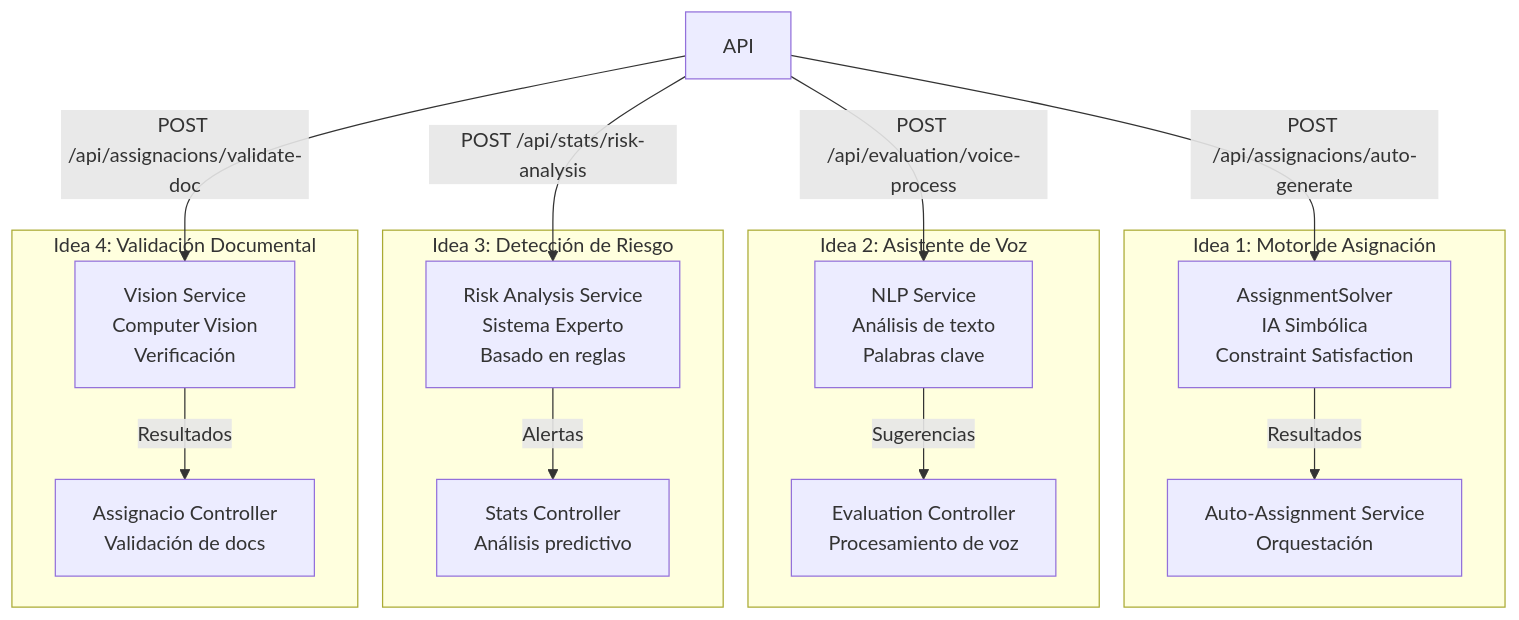
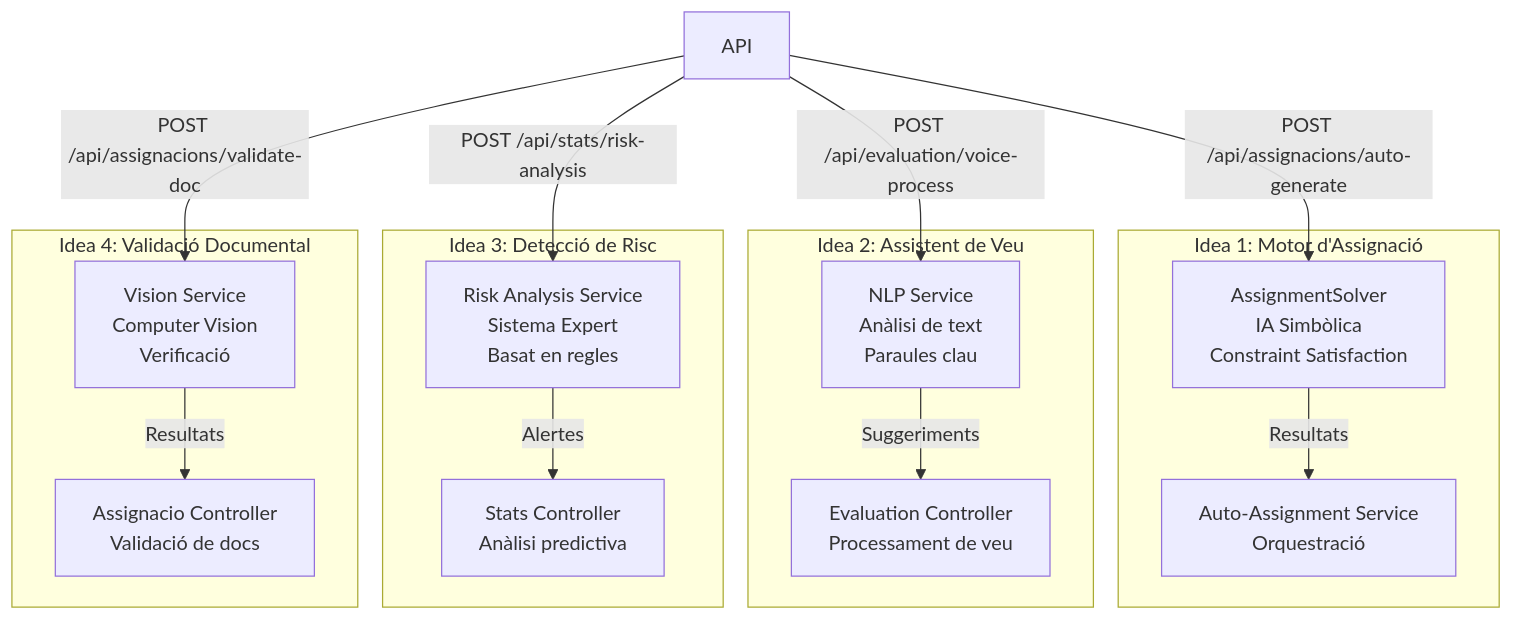
One commit to inspedralbes/tr2-reptes-tr2-g2 changed the fourth of 7 diagrams in doc/diagrams/README.md. Above: the diagram before and after it, drawn with Mermaid. The commit also changed other lines of this file and 3 other files, not shown here.

Commit message:
feat: Update documentation to reflect changes in AI features, including prompts, file inventory, walkthrough, and system diagrams

````diff
--- a/doc/diagrams/README.md
+++ b/doc/diagrams/README.md
@@ -129,31 +129,31 @@
 ```mermaid
 graph TB
-    subgraph "Idea 1: Motor de Asignación"
-        ALGO["AssignmentSolver<br/>IA Simbólica<br/>Constraint Satisfaction"]
-        AUTO["Auto-Assignment Service<br/>Orquestación"]
-        ALGO -->|"Resultados"| AUTO
+    subgraph "Idea 1: Motor d'Assignació"
+        ALGO["AssignmentSolver<br/>IA Simbòlica<br/>Constraint Satisfaction"]
+        AUTO["Auto-Assignment Service<br/>Orquestració"]
+        ALGO -->|"Resultats"| AUTO
     end
     
-    subgraph "Idea 2: Asistente de Voz"
-        NLP["NLP Service<br/>Análisis de texto<br/>Palabras clave"]
-        EVAL["Evaluation Controller<br/>Procesamiento de voz"]
-        NLP -->|"Sugerencias"| EVAL
+    subgraph "Idea 2: Assistent de Veu"
+        NLP["NLP Service<br/>Anàlisi de text<br/>Paraules clau"]
+        EVAL["Evaluation Controller<br/>Processament de veu"]
+        NLP -->|"Suggeriments"| EVAL
     end
     
-    subgraph "Idea 3: Detección de Riesgo"
-        RISK["Risk Analysis Service<br/>Sistema Experto<br/>Basado en reglas"]
-        STATS["Stats Controller<br/>Análisis predictivo"]
-        RISK -->|"Alertas"| STATS
+    subgraph "Idea 3: Detecció de Risc"
+        RISK["Risk Analysis Service<br/>Sistema Expert<br/>Basat en regles"]
+        STATS["Stats Controller<br/>Anàlisi predictiva"]
+        RISK -->|"Alertes"| STATS
     end
     
-    subgraph "Idea 4: Validación Documental"
-        VISION["Vision Service<br/>Computer Vision<br/>Verificación"]
-        ASSIGN["Assignacio Controller<br/>Validación de docs"]
-        VISION -->|"Resultados"| ASSIGN
+    subgraph "Idea 4: Validació Documental"
+        VISION["Vision Service<br/>Computer Vision<br/>Verificació"]
+        ASSIGN["Assignacio Controller<br/>Validació de docs"]
+        VISION -->|"Resultats"| ASSIGN
     end
     
     API -->|"POST /api/assignacions/auto-generate"| ALGO
     API -->|"POST /api/evaluation/voice-process"| NLP
     API -->|"POST /api/stats/risk-analysis"| RISK
     API -->|"POST /api/assignacions/validate-doc"| VISION
 ```
````
